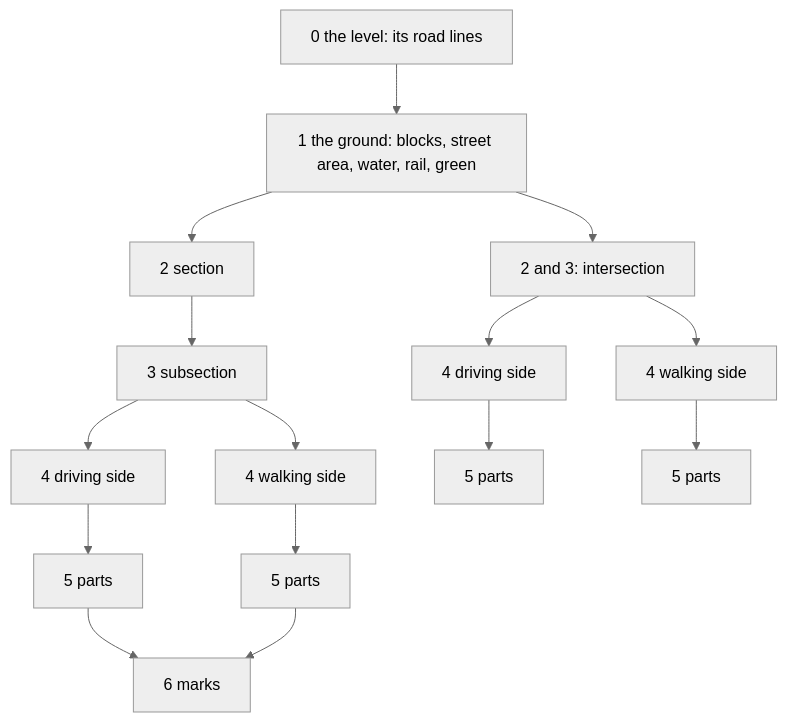
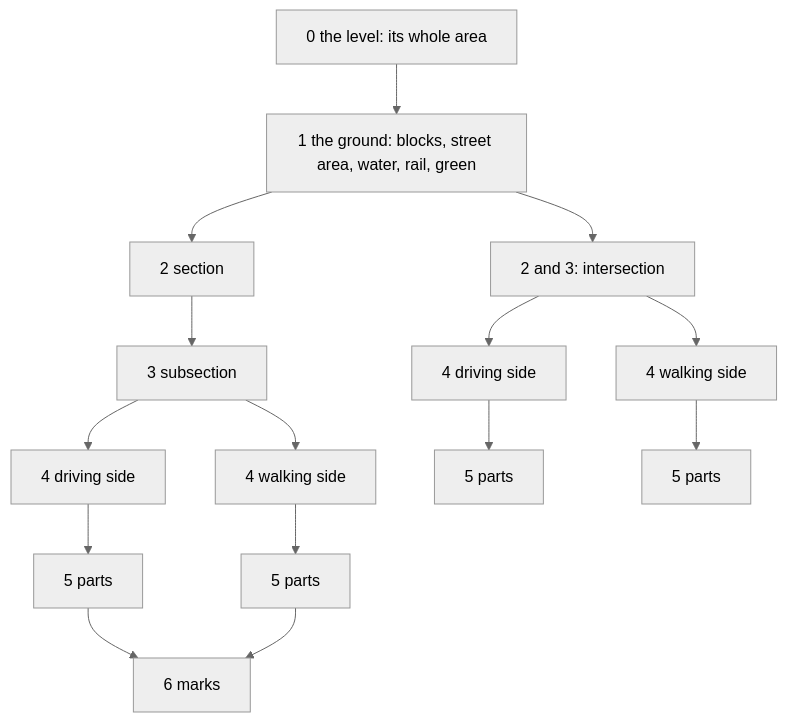
The first of 3 diagrams in docs/design/steps.md (Khoshkhah/urbanstyle), drawn with Mermaid (neutral theme) before and after one commit. The commit also changed other lines of this file, not shown here.

Commit message:
docs/design/steps.md: rank 0 is the whole area of the level; rank 1 partitions it with nothing left over

````diff
--- a/docs/design/steps.md
+++ b/docs/design/steps.md
@@ -24,17 +24,17 @@
 ```mermaid
 flowchart TD
-    L0[0 the level: its road lines] --> G1[1 the ground: blocks, street area, water, rail, green]
+    L0[0 the level: its whole area] --> G1[1 the ground: blocks, street area, water, rail, green]
     G1 --> SE[2 section]
     SE --> SU[3 subsection]
     G1 --> IN[2 and 3: intersection]
     SU --> D1[4 driving side]
     SU --> W1[4 walking side]
     IN --> D2[4 driving side]
     IN --> W2[4 walking side]
     D1 --> P1[5 parts]
     W1 --> P2[5 parts]
     D2 --> P3[5 parts]
     W2 --> P4[5 parts]
     P1 --> M[6 marks]
     P2 --> M
 ```
````
